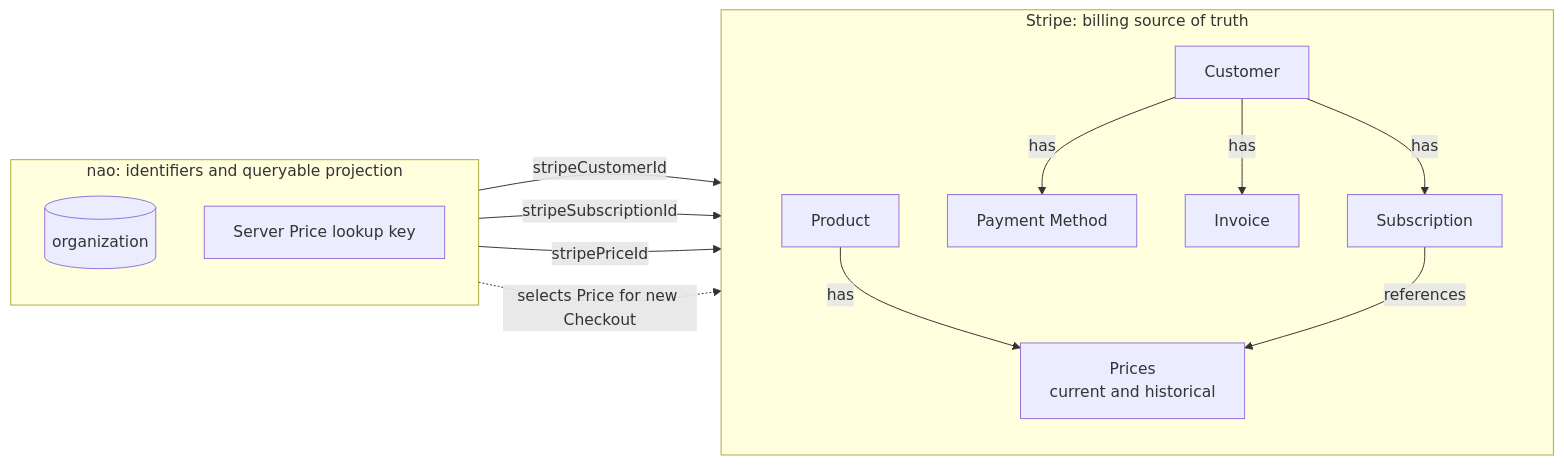
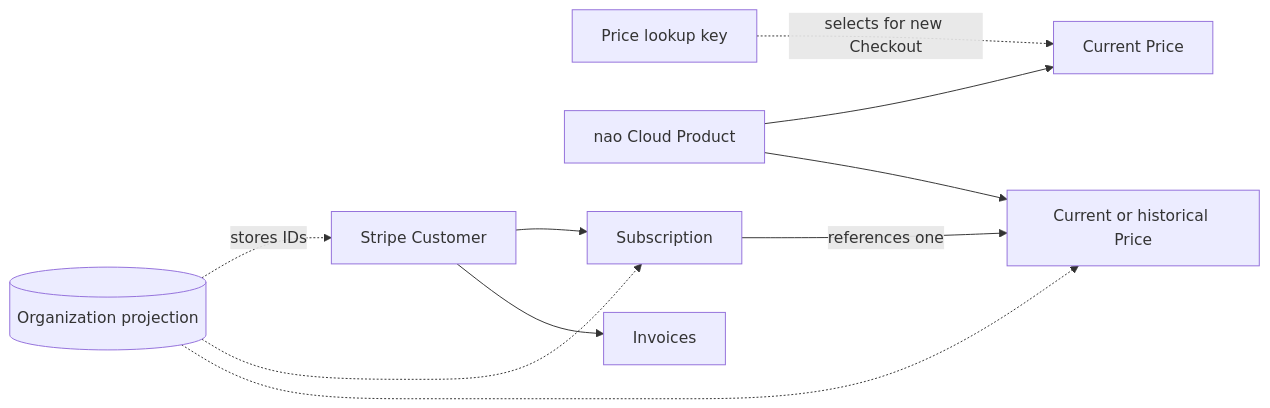
The third of 4 diagrams in apps/backend/docs/cloud-billing-stripe.md (DavisTownsend/nao), drawn with Mermaid before and after one commit. The commit also changed other lines of this file and 13 other files, not shown here.

````diff
--- a/apps/backend/docs/cloud-billing-stripe.md
+++ b/apps/backend/docs/cloud-billing-stripe.md
@@ -290,29 +73,12 @@
 ```mermaid
 flowchart LR
-    subgraph Nao["nao: identifiers and queryable projection"]
-        direction TB
-        Org[("organization")]
-        Config["Server Price lookup key"]
-    end
-
-    subgraph Stripe["Stripe: billing source of truth"]
-        direction TB
-        Customer["Customer"]
-        Subscription["Subscription"]
-        Product["Product"]
-        Price["Prices<br/>current and historical"]
-        PaymentMethod["Payment Method"]
-        Invoice["Invoice"]
-
-        Product -->|"has"| Price
-        Customer -->|"has"| PaymentMethod
-        Customer -->|"has"| Invoice
-        Customer -->|"has"| Subscription
-        Subscription -->|"references"| Price
-    end
-
-    Org -->|"stripeCustomerId"| Customer
-    Org -->|"stripeSubscriptionId"| Subscription
-    Org -->|"stripePriceId"| Price
-    Config -.->|"selects Price for new Checkout"| Price
+    Config["Price lookup key"] -.->|"selects for new Checkout"| CurrentPrice["Current Price"]
+    Product["nao Cloud Product"] --> CurrentPrice
+    Product --> SubscriptionPrice["Current or historical Price"]
+    Customer["Stripe Customer"] --> Subscription["Subscription"]
+    Customer --> Invoice["Invoices"]
+    Subscription -->|"references one"| SubscriptionPrice
+    Organization[("Organization projection")] -.->|"stores IDs"| Customer
+    Organization -.-> Subscription
+    Organization -.-> SubscriptionPrice
 ```
````
